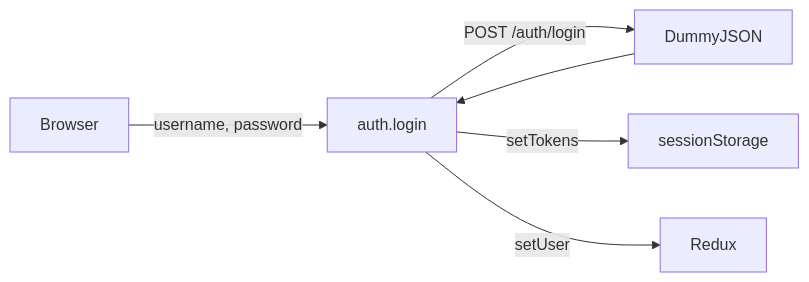
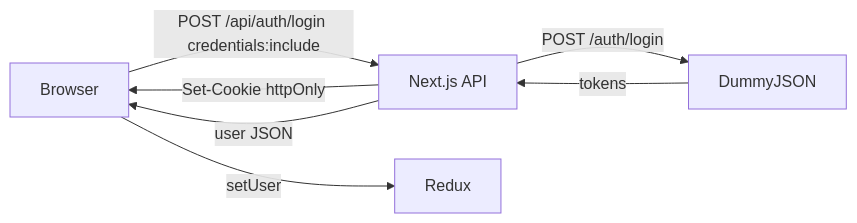
Before and after one commit to bokobuva/web-shop-abysalto: the fourth of 6 diagrams in ARCHITECTURE.md, drawn with Mermaid. The commit also changed other lines of this file and 25 other files, not shown here.

Commit message:
reworked token security to use httpOnly cookies instead of sessionStorage for best practices, displaying card icon on product card when product is added to cart

````diff
--- a/ARCHITECTURE.md
+++ b/ARCHITECTURE.md
@@ -97,8 +100,9 @@
 ```mermaid
 flowchart LR
-    A[Browser] -->|username, password| B[auth.login]
+    A[Browser] -->|POST /api/auth/login credentials:include| B[Next.js API]
     B -->|POST /auth/login| C[DummyJSON]
-    C --> B
-    B -->|setTokens| D[sessionStorage]
-    B -->|setUser| E[Redux]
+    C -->|tokens| B
+    B -->|Set-Cookie httpOnly| A
+    B -->|user JSON| A
+    A -->|setUser| D[Redux]
 ```
````
